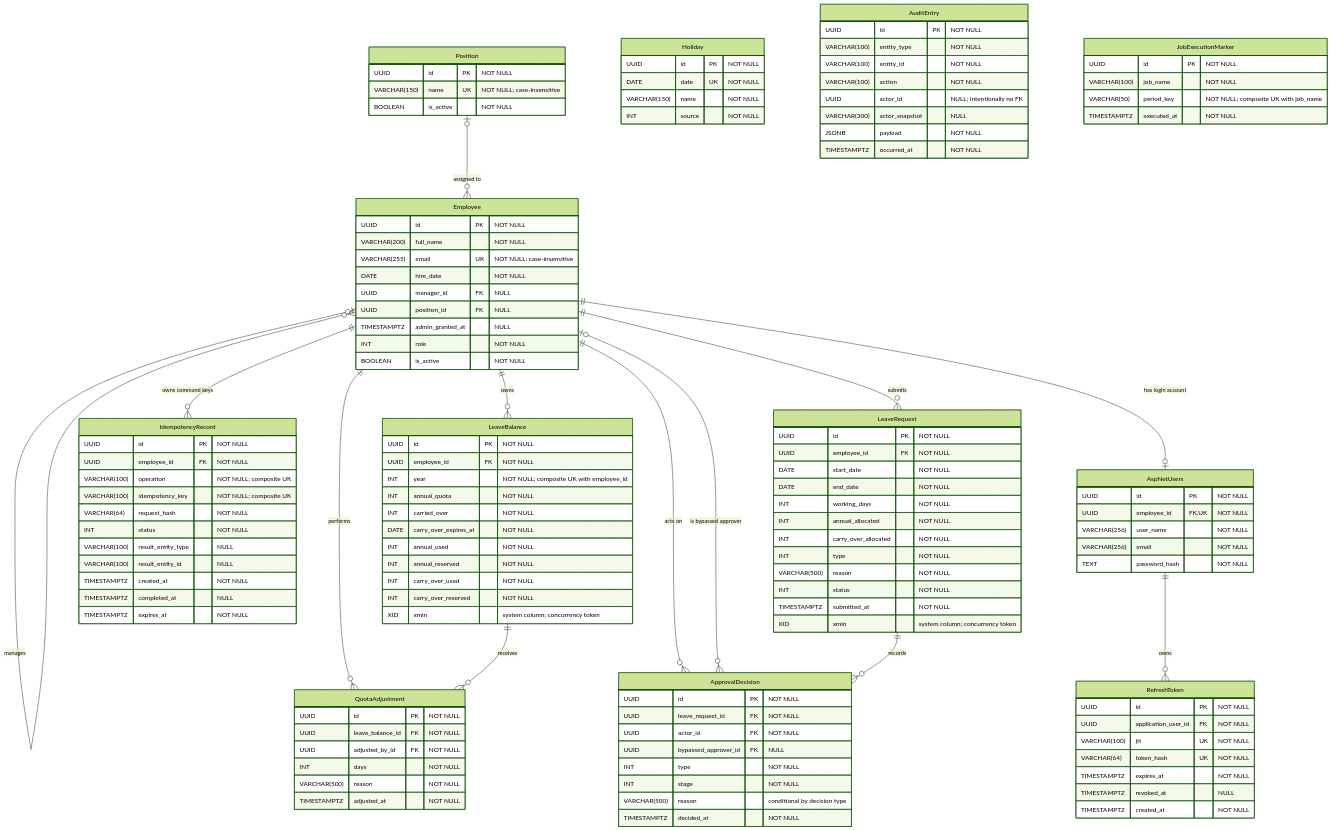
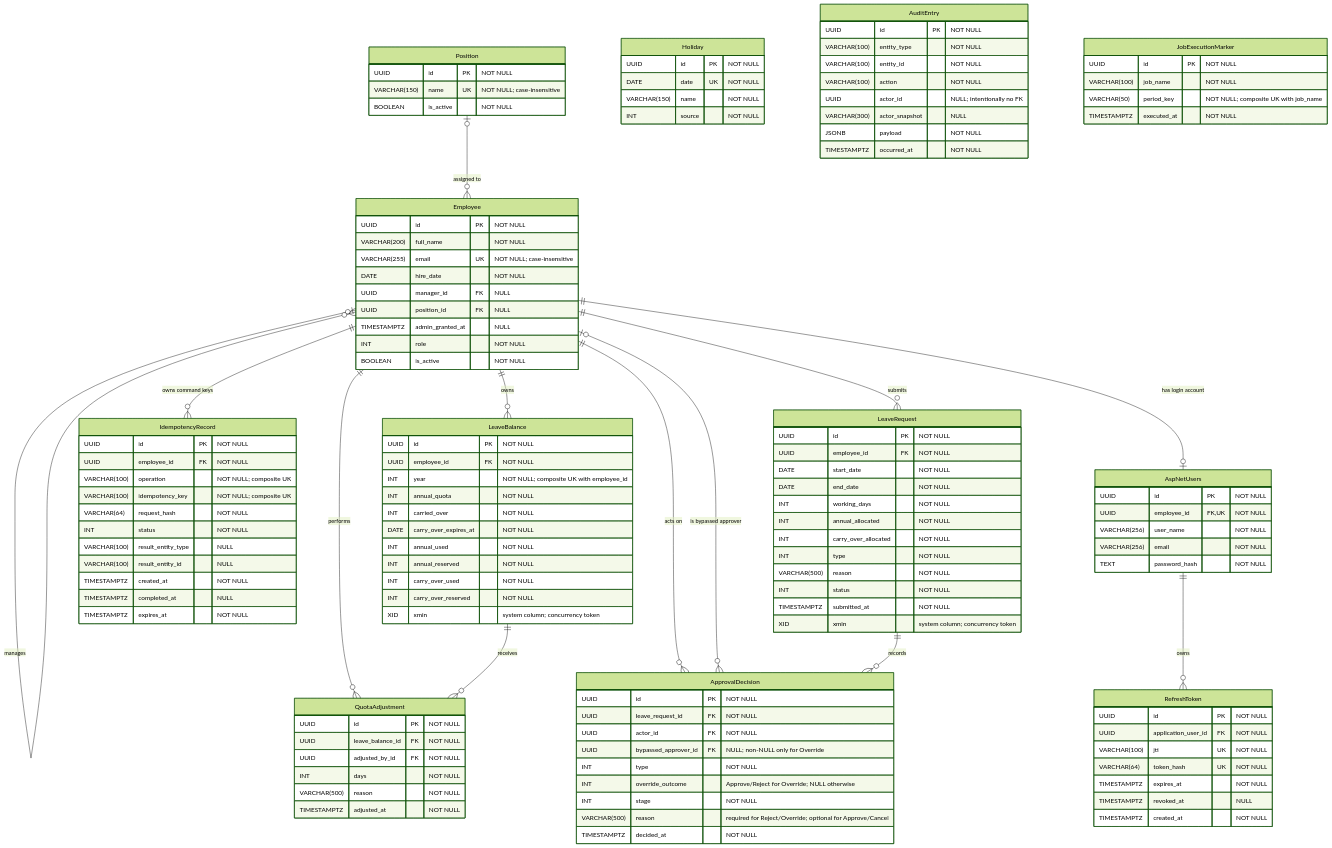
Before and after one commit to malllvinnn/leave-management: the diagram in docs/diagrams/entity-relationship.mermaid, drawn with Mermaid (forest theme). The commit also changed 3 other files, not shown here.

Commit message:
docs(domain): sync domain and approval workflow diagrams

```diff
--- a/docs/diagrams/entity-relationship.mermaid
+++ b/docs/diagrams/entity-relationship.mermaid
@@ -1,144 +1,149 @@
-%% Structural ERD
+%% Target structural ERD (PRD v1.3 and TASKS W1-12/W2-01).
+%% This models the planned schema, not an existing migration or deployed database.
 %% Defines tables, columns, and foreign-key relationships only.
 %% Detailed indexes and ON DELETE behavior are finalized in W2-01.
 %% Date-overlap enforcement and performance indexes are not final.
 %% PostgreSQL xmin is a system column used as an optimistic concurrency token.
+%% LeaveRequest.Create receives today for validation only; it is not a persisted column.
+%% Override requires an Approve/Reject outcome; other decision types require NULL outcome.
+%% A single bypassed candidate uses its ID; multiple candidates use NULL plus an AuditEntry.payload snapshot.
 
 erDiagram
   Employee {
     UUID id PK "NOT NULL"
     VARCHAR(200) full_name "NOT NULL"
     VARCHAR(255) email UK "NOT NULL; case-insensitive"
     DATE hire_date "NOT NULL"
     UUID manager_id FK "NULL"
     UUID position_id FK "NULL"
     TIMESTAMPTZ admin_granted_at "NULL"
     INT role "NOT NULL"
     BOOLEAN is_active "NOT NULL"
   }
 
   Position {
     UUID id PK "NOT NULL"
     VARCHAR(150) name UK "NOT NULL; case-insensitive"
     BOOLEAN is_active "NOT NULL"
   }
 
   LeaveBalance {
     UUID id PK "NOT NULL"
     UUID employee_id FK "NOT NULL"
     INT year "NOT NULL; composite UK with employee_id"
     INT annual_quota "NOT NULL"
     INT carried_over "NOT NULL"
     DATE carry_over_expires_at "NOT NULL"
     INT annual_used "NOT NULL"
     INT annual_reserved "NOT NULL"
     INT carry_over_used "NOT NULL"
     INT carry_over_reserved "NOT NULL"
     XID xmin "system column; concurrency token"
   }
 
   LeaveRequest {
     UUID id PK "NOT NULL"
     UUID employee_id FK "NOT NULL"
     DATE start_date "NOT NULL"
     DATE end_date "NOT NULL"
     INT working_days "NOT NULL"
     INT annual_allocated "NOT NULL"
     INT carry_over_allocated "NOT NULL"
     INT type "NOT NULL"
     VARCHAR(500) reason "NOT NULL"
     INT status "NOT NULL"
     TIMESTAMPTZ submitted_at "NOT NULL"
     XID xmin "system column; concurrency token"
   }
 
   ApprovalDecision {
     UUID id PK "NOT NULL"
     UUID leave_request_id FK "NOT NULL"
     UUID actor_id FK "NOT NULL"
-    UUID bypassed_approver_id FK "NULL"
+    UUID bypassed_approver_id FK "NULL; non-NULL only for Override"
     INT type "NOT NULL"
+    INT override_outcome "Approve/Reject for Override; NULL otherwise"
     INT stage "NOT NULL"
-    VARCHAR(500) reason "conditional by decision type"
+    VARCHAR(500) reason "required for Reject/Override; optional for Approve/Cancel"
     TIMESTAMPTZ decided_at "NOT NULL"
   }
 
   QuotaAdjustment {
     UUID id PK "NOT NULL"
     UUID leave_balance_id FK "NOT NULL"
     UUID adjusted_by_id FK "NOT NULL"
     INT days "NOT NULL"
     VARCHAR(500) reason "NOT NULL"
     TIMESTAMPTZ adjusted_at "NOT NULL"
   }
 
   Holiday {
     UUID id PK "NOT NULL"
     DATE date UK "NOT NULL"
     VARCHAR(150) name "NOT NULL"
     INT source "NOT NULL"
   }
 
   AuditEntry {
     UUID id PK "NOT NULL"
     VARCHAR(100) entity_type "NOT NULL"
     VARCHAR(100) entity_id "NOT NULL"
     VARCHAR(100) action "NOT NULL"
     UUID actor_id "NULL; intentionally no FK"
     VARCHAR(300) actor_snapshot "NULL"
     JSONB payload "NOT NULL"
     TIMESTAMPTZ occurred_at "NOT NULL"
   }
 
   JobExecutionMarker {
     UUID id PK "NOT NULL"
     VARCHAR(100) job_name "NOT NULL"
     VARCHAR(50) period_key "NOT NULL; composite UK with job_name"
     TIMESTAMPTZ executed_at "NOT NULL"
   }
 
   IdempotencyRecord {
     UUID id PK "NOT NULL"
     UUID employee_id FK "NOT NULL"
     VARCHAR(100) operation "NOT NULL; composite UK"
     VARCHAR(100) idempotency_key "NOT NULL; composite UK"
     VARCHAR(64) request_hash "NOT NULL"
     INT status "NOT NULL"
     VARCHAR(100) result_entity_type "NULL"
     VARCHAR(100) result_entity_id "NULL"
     TIMESTAMPTZ created_at "NOT NULL"
     TIMESTAMPTZ completed_at "NULL"
     TIMESTAMPTZ expires_at "NOT NULL"
   }
 
   %% Simplified ASP.NET Core Identity table; framework-managed columns are omitted.
   AspNetUsers {
     UUID id PK "NOT NULL"
     UUID employee_id FK,UK "NOT NULL"
     VARCHAR(256) user_name "NOT NULL"
     VARCHAR(256) email "NOT NULL"
     TEXT password_hash "NOT NULL"
   }
 
   RefreshToken {
     UUID id PK "NOT NULL"
     UUID application_user_id FK "NOT NULL"
     VARCHAR(100) jti UK "NOT NULL"
     VARCHAR(64) token_hash UK "NOT NULL"
     TIMESTAMPTZ expires_at "NOT NULL"
     TIMESTAMPTZ revoked_at "NULL"
     TIMESTAMPTZ created_at "NOT NULL"
   }
 
   Employee o|--o{ Employee : "manages"
   Position o|--o{ Employee : "assigned to"
   Employee ||--o{ LeaveBalance : "owns"
   Employee ||--o{ LeaveRequest : "submits"
   Employee ||--o{ ApprovalDecision : "acts on"
   Employee o|--o{ ApprovalDecision : "is bypassed approver"
   Employee ||--o{ QuotaAdjustment : "performs"
   Employee ||--o{ IdempotencyRecord : "owns command keys"
   Employee ||--o| AspNetUsers : "has login account"
   LeaveBalance ||--o{ QuotaAdjustment : "receives"
   LeaveRequest ||--o{ ApprovalDecision : "records"
   AspNetUsers ||--o{ RefreshToken : "owns"
```
